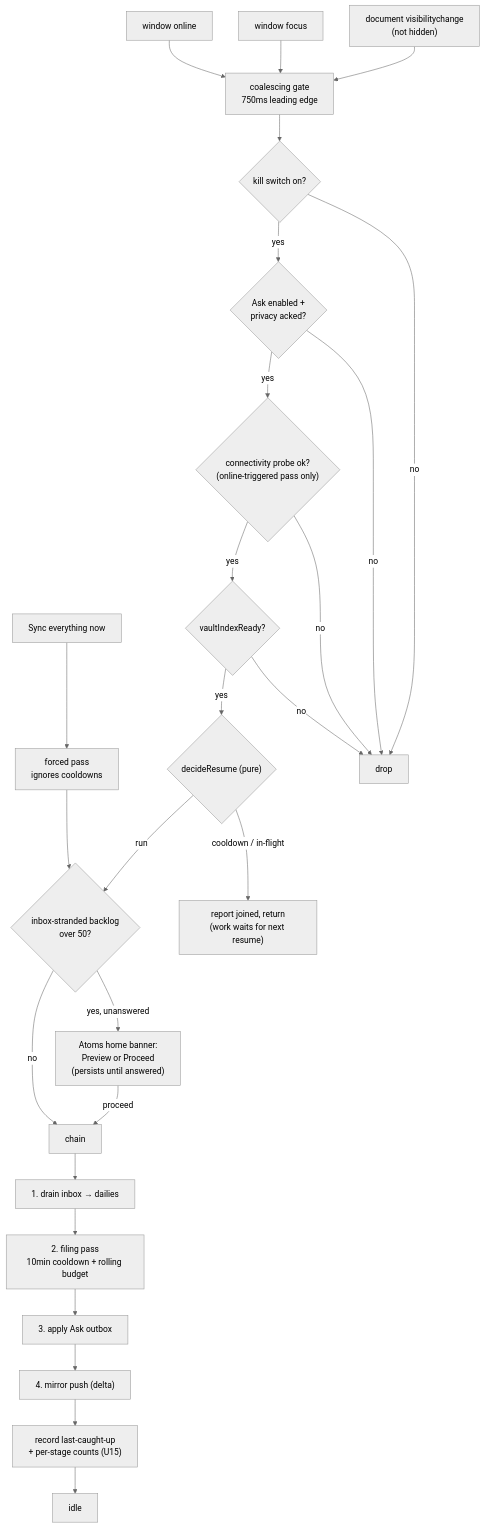
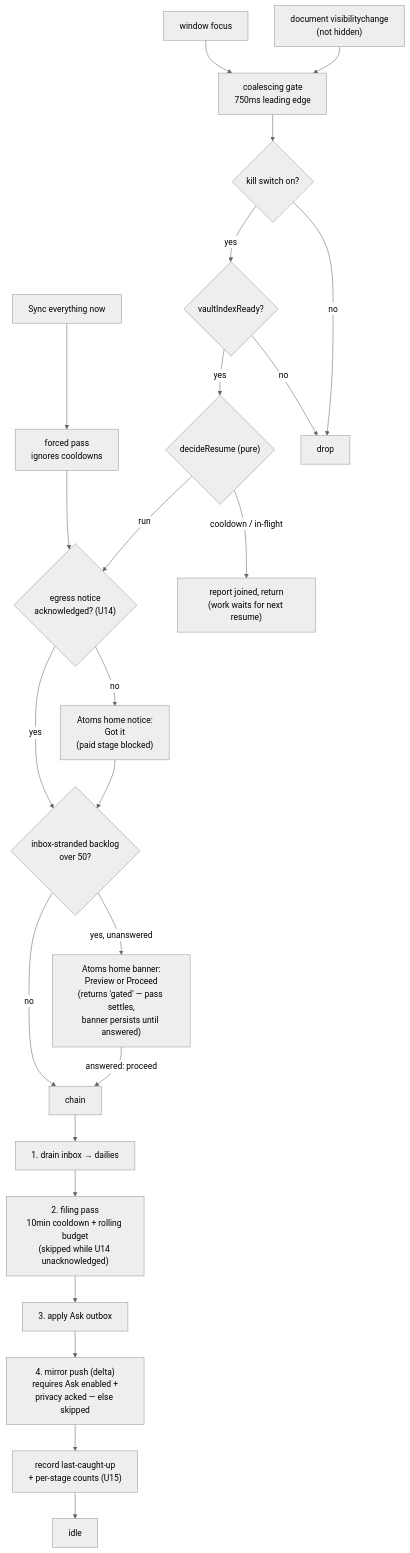
Before and after one commit to taihartman/obsidian-atoms: the first of 3 diagrams in docs/plans/2026-07-31-001-feat-resume-catch-up-plan.md, drawn with Mermaid (neutral theme). The commit also changed other lines of this file and 2 other files, not shown here.

````diff
--- a/docs/plans/2026-07-31-001-feat-resume-catch-up-plan.md
+++ b/docs/plans/2026-07-31-001-feat-resume-catch-up-plan.md
@@ -739,31 +872,30 @@
 ```mermaid
 flowchart TD
   A["document visibilitychange<br/>(not hidden)"] --> G
   B["window focus"] --> G
-  C["window online"] --> G
   M["Sync everything now"] --> F["forced pass<br/>ignores cooldowns"]
 
   G["coalescing gate<br/>750ms leading edge"] --> K{"kill switch on?"}
   K -->|no| X["drop"]
-  K -->|yes| AE{"Ask enabled +<br/>privacy acked?"}
-  AE -->|no| X
-  AE -->|yes| P{"connectivity probe ok?<br/>(online-triggered pass only)"}
-  P -->|no| X
-  P -->|yes| V{"vaultIndexReady?"}
+  K -->|yes| V{"vaultIndexReady?"}
   V -->|no| X
   V -->|yes| D{"decideResume (pure)"}
   D -->|"cooldown / in-flight"| S["report joined, return<br/>(work waits for next resume)"]
-  D -->|run| B1
-  F --> B1
+  D -->|run| AK
+  F --> AK
 
-  B1{"inbox-stranded backlog<br/>over 50?"} -->|"yes, unanswered"| N["Atoms home banner:<br/>Preview or Proceed<br/>(persists until answered)"]
+  AK{"egress notice<br/>acknowledged? (U14)"} -->|"no"| AN["Atoms home notice:<br/>Got it<br/>(paid stage blocked)"]
+  AK -->|yes| B1
+  AN --> B1
+
+  B1{"inbox-stranded backlog<br/>over 50?"} -->|"yes, unanswered"| N["Atoms home banner:<br/>Preview or Proceed<br/>(returns 'gated' — pass settles,<br/>banner persists until answered)"]
   B1 -->|no| CH
-  N -->|proceed| CH
+  N -->|"answered: proceed"| CH
 
   CH["chain"] --> C1["1. drain inbox → dailies"]
-  C1 --> C2["2. filing pass<br/>10min cooldown + rolling budget"]
+  C1 --> C2["2. filing pass<br/>10min cooldown + rolling budget<br/>(skipped while U14 unacknowledged)"]
   C2 --> C3["3. apply Ask outbox"]
-  C3 --> C4["4. mirror push (delta)"]
+  C3 --> C4["4. mirror push (delta)<br/>requires Ask enabled +<br/>privacy acked — else skipped"]
   C4 --> LC["record last-caught-up<br/>+ per-stage counts (U15)"]
   LC --> E["idle"]
 ```
````
